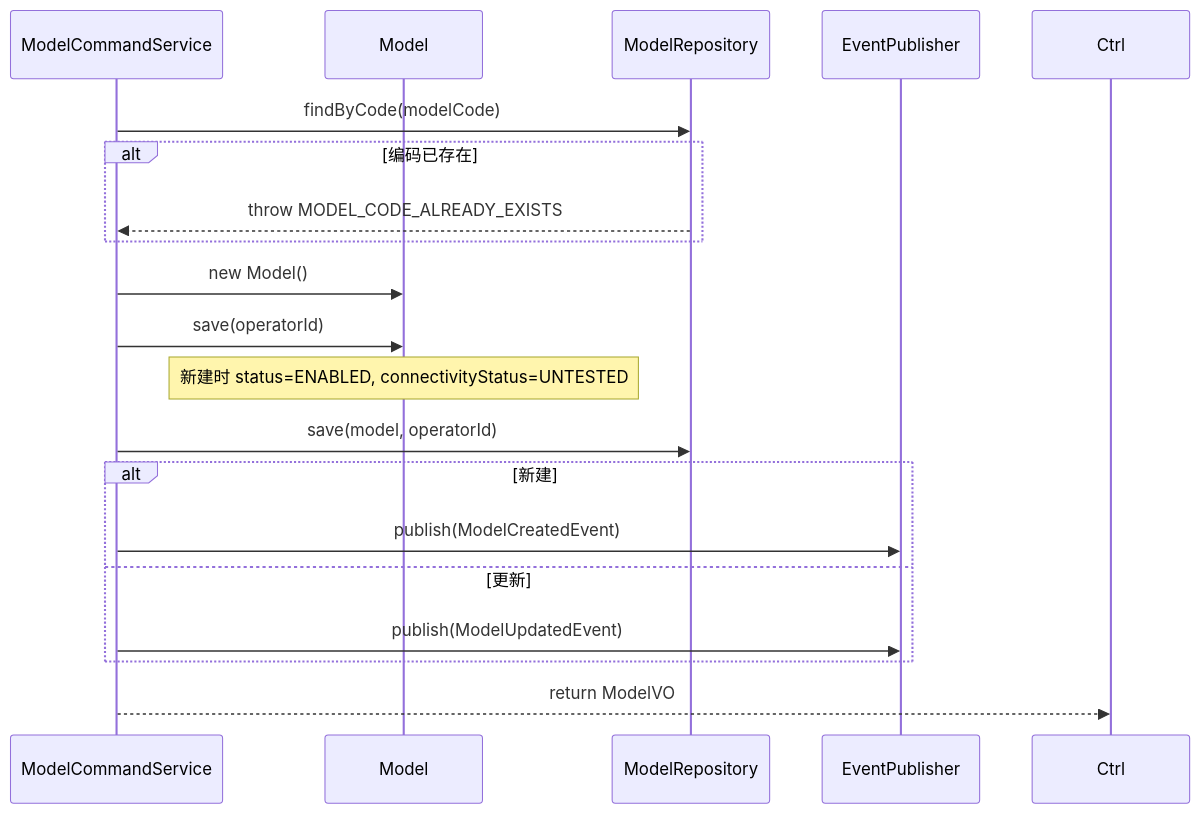
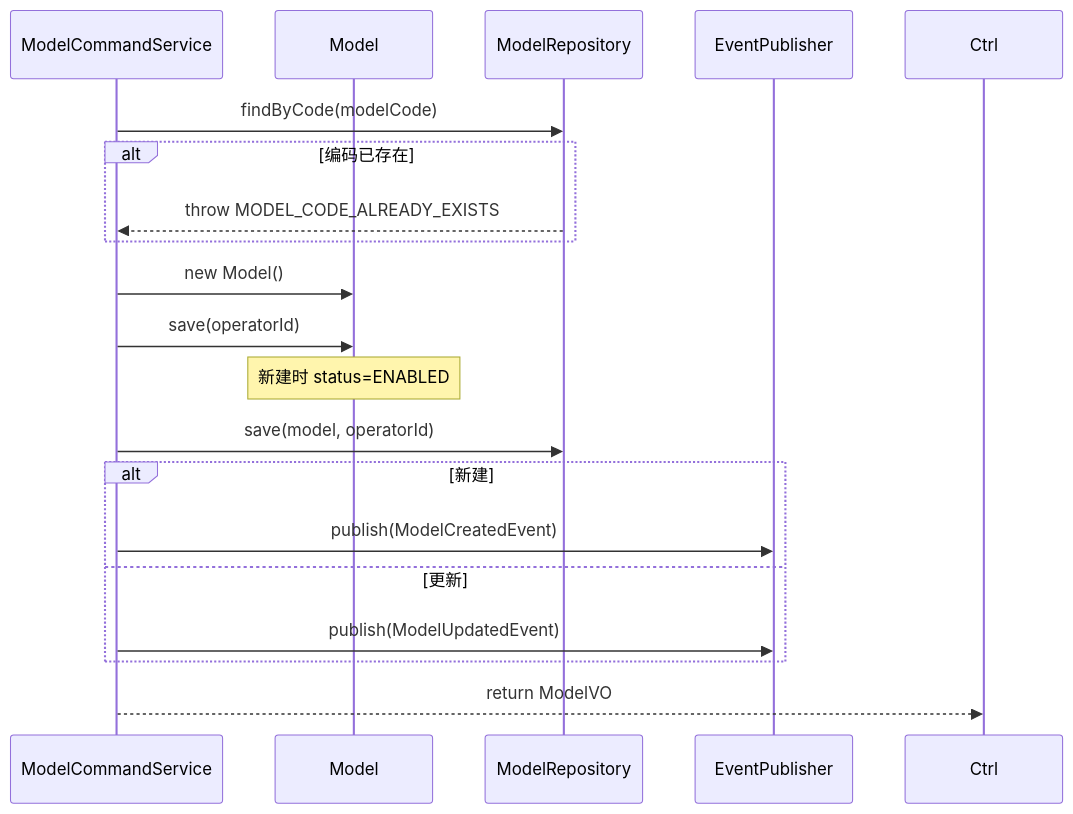
One commit to garry-wjl/GAgentManager changed the second of 21 diagrams in doc/技术方案/2026-05-15_模型管理-技术方案.md. Above: the diagram before and after it, drawn with Mermaid. The commit also changed other lines of this file and 14 other files, not shown here.

````diff
--- a/doc/技术方案/2026-05-15_模型管理-技术方案.md
+++ b/doc/技术方案/2026-05-15_模型管理-技术方案.md
@@ -158,22 +136,22 @@
 ```mermaid
 sequenceDiagram
     participant Svc as ModelCommandService
     participant M as Model
     participant Repo as ModelRepository
     participant EP as EventPublisher
 
     Svc->>Repo: findByCode(modelCode)
     alt 编码已存在
         Repo-->>Svc: throw MODEL_CODE_ALREADY_EXISTS
     end
     Svc->>M: new Model()
     Svc->>M: save(operatorId)
-    Note over M: 新建时 status=ENABLED, connectivityStatus=UNTESTED
+    Note over M: 新建时 status=ENABLED
     Svc->>Repo: save(model, operatorId)
     alt 新建
         Svc->>EP: publish(ModelCreatedEvent)
     else 更新
         Svc->>EP: publish(ModelUpdatedEvent)
     end
     Svc-->>Ctrl: return ModelVO
 ```
````
